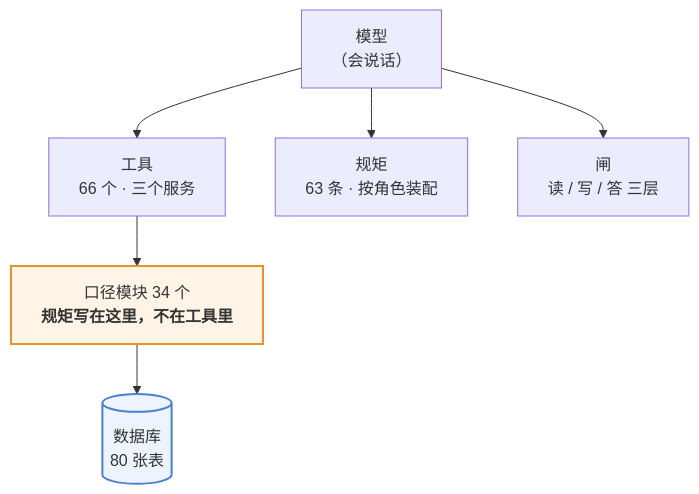
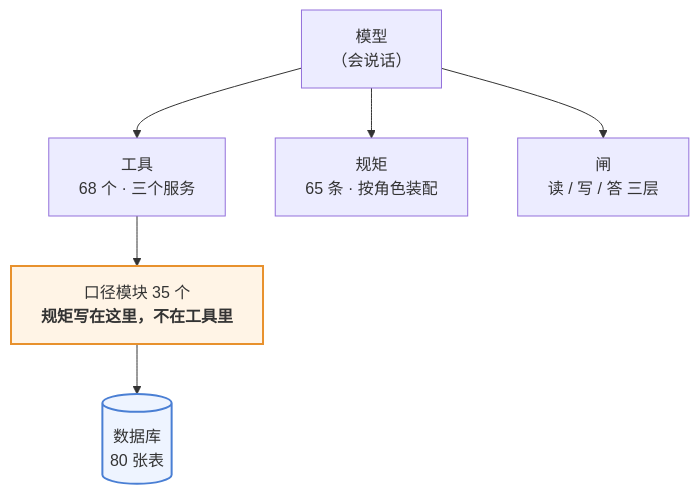
One commit to 843773296-rgb/lanxiu-yunshang-agent changed the first of 3 diagrams in 澜绣云裳agent-产品说明.md. Above: the diagram before and after it, drawn with Mermaid. The commit also changed other lines of this file and 17 other files, not shown here.

````diff
--- a/澜绣云裳agent-产品说明.md
+++ b/澜绣云裳agent-产品说明.md
@@ -62,12 +62,12 @@
 ```mermaid
 flowchart TD
     M["模型<br/>（会说话）"]
-    M --> T["工具<br/>66 个 · 三个服务"]
-    M --> R["规矩<br/>63 条 · 按角色装配"]
+    M --> T["工具<br/>68 个 · 三个服务"]
+    M --> R["规矩<br/>65 条 · 按角色装配"]
     M --> G["闸<br/>读 / 写 / 答 三层"]
-    T --> K["口径模块 34 个<br/><b>规矩写在这里，不在工具里</b>"]
+    T --> K["口径模块 35 个<br/><b>规矩写在这里，不在工具里</b>"]
     K --> DB[("数据库<br/>80 张表")]
 
     style K fill:#fff4e6,stroke:#e8912d,stroke-width:2px
     style DB fill:#eef4ff,stroke:#4a7fd4,stroke-width:2px
 ```
````
